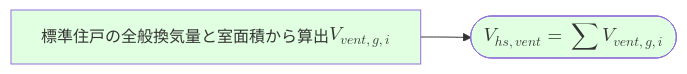
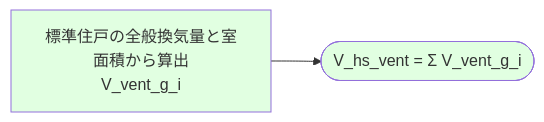
One commit to iguchi-lab/Verification-Platform-Next changed the third of 8 diagrams in docs/最低風量_最低電力_直接入力.md. Above: the diagram before and after it, drawn with Mermaid. The commit also changed other lines of this file, not shown here.

Commit message:
Mermaid内のKaTeX数式はGitHubではサポートされていないため、文字列に戻す

````diff
--- a/docs/最低風量_最低電力_直接入力.md
+++ b/docs/最低風量_最低電力_直接入力.md
@@ -131,10 +131,10 @@
 ```mermaid
 flowchart LR
 
-Vg["標準住戸の全般換気量と室面積から算出<br/>$$V_{vent,g,i}$$"]
+Vg["標準住戸の全般換気量と室面積から算出<br/>V_vent_g_i"]
 
-Vg --> OutSum(["$$V_{hs,vent} = \sum V_{vent,g,i}$$"])
+Vg --> OutSum(["V_hs_vent = Σ V_vent_g_i"])
 
 style Vg fill:#e1ffe1
 style OutSum fill:#e1ffe1
 ```
````
